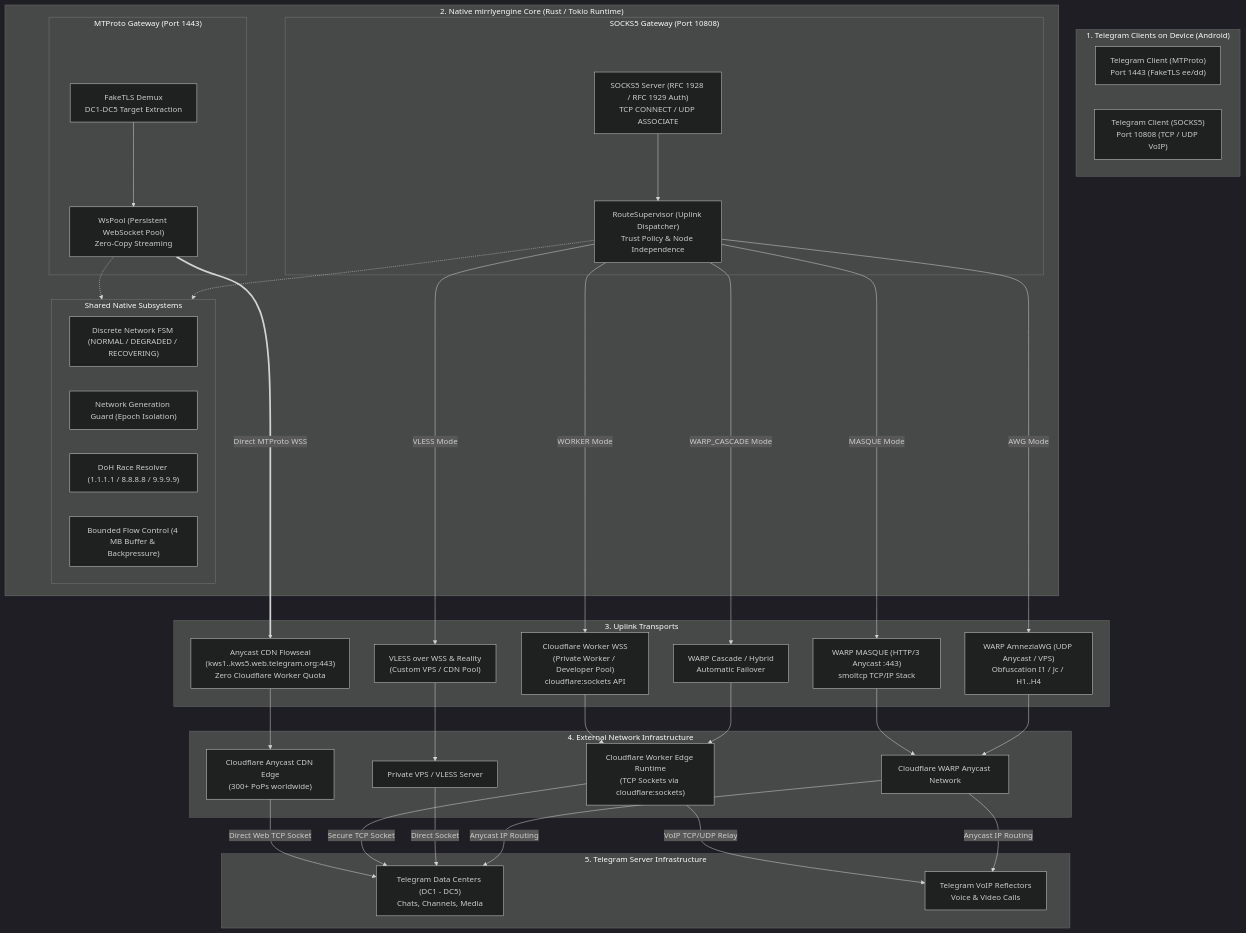
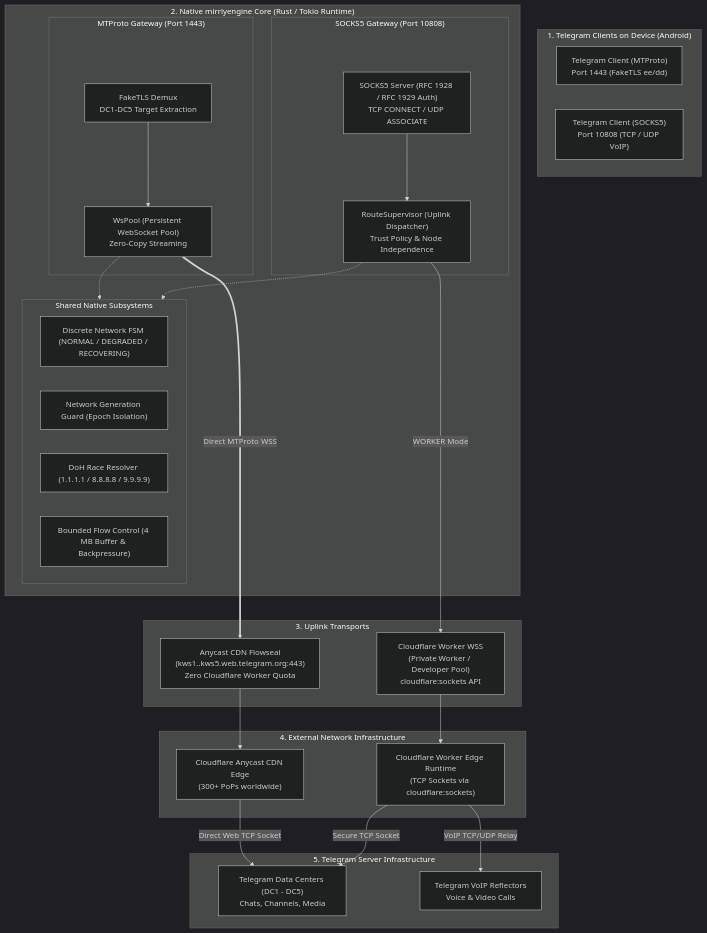
One commit to joycecurcirt539-dot/Mirrly-TG-Proxy changed the diagram in README_EN.md. Above: the diagram before and after it, drawn with Mermaid (dark theme). The commit also changed other lines of this file and 47 other files, not shown here.

````diff
--- a/README_EN.md
+++ b/README_EN.md
@@ -218,73 +203,56 @@
 ```mermaid
 flowchart TD
     subgraph ClientLayer ["1. Telegram Clients on Device (Android)"]
         TG_MTProto["Telegram Client (MTProto)<br/>Port 1443 (FakeTLS ee/dd)"]
         TG_SOCKS5["Telegram Client (SOCKS5)<br/>Port 10808 (TCP / UDP VoIP)"]
     end
 
     subgraph NativeCore ["2. Native mirrlyengine Core (Rust / Tokio Runtime)"]
         subgraph GatewayMTProto ["MTProto Gateway (Port 1443)"]
             FakeTLS["FakeTLS Demux<br/>DC1-DC5 Target Extraction"]
             WsPool["WsPool (Persistent WebSocket Pool)<br/>Zero-Copy Streaming"]
             FakeTLS --> WsPool
         end
 
         subgraph GatewaySocks ["SOCKS5 Gateway (Port 10808)"]
             SocksAuth["SOCKS5 Server (RFC 1928 / RFC 1929 Auth)<br/>TCP CONNECT / UDP ASSOCIATE"]
             Supervisor["RouteSupervisor (Uplink Dispatcher)<br/>Trust Policy & Node Independence"]
             SocksAuth --> Supervisor
         end
 
         subgraph SharedSubsystems ["Shared Native Subsystems"]
             FSM["Discrete Network FSM (NORMAL / DEGRADED / RECOVERING)"]
             GenGuard["Network Generation Guard (Epoch Isolation)"]
             DoH["DoH Race Resolver (1.1.1.1 / 8.8.8.8 / 9.9.9.9)"]
             FlowCtrl["Bounded Flow Control (4 MB Buffer & Backpressure)"]
         end
 
         WsPool -.-> SharedSubsystems
         Supervisor -.-> SharedSubsystems
     end
 
     subgraph Uplinks ["3. Uplink Transports"]
         Uplink_Anycast_Direct["Anycast CDN Flowseal<br/>(kws1..kws5.web.telegram.org:443)<br/>Zero Cloudflare Worker Quota"]
         Uplink_Worker["Cloudflare Worker WSS<br/>(Private Worker / Developer Pool)<br/>cloudflare:sockets API"]
-        Uplink_Vless["VLESS over WSS & Reality<br/>(Custom VPS / CDN Pool)"]
-        Uplink_Masque["WARP MASQUE (HTTP/3 Anycast :443)<br/>smoltcp TCP/IP Stack"]
-        Uplink_Awg["WARP AmneziaWG (UDP Anycast / VPS)<br/>Obfuscation I1 / Jc / H1..H4"]
-        Uplink_Cascade["WARP Cascade / Hybrid<br/>Automatic Failover"]
 
         WsPool ===>|Direct MTProto WSS| Uplink_Anycast_Direct
         Supervisor -->|WORKER Mode| Uplink_Worker
-        Supervisor -->|VLESS Mode| Uplink_Vless
-        Supervisor -->|MASQUE Mode| Uplink_Masque
-        Supervisor -->|AWG Mode| Uplink_Awg
-        Supervisor -->|WARP_CASCADE Mode| Uplink_Cascade
     end
 
     subgraph Infrastructure ["4. External Network Infrastructure"]
         CF_CDN["Cloudflare Anycast CDN Edge<br/>(300+ PoPs worldwide)"]
         CF_Worker_Runtime["Cloudflare Worker Edge Runtime<br/>(TCP Sockets via cloudflare:sockets)"]
-        Private_VPS["Private VPS / VLESS Server"]
-        WARP_Anycast["Cloudflare WARP Anycast Network"]
 
         Uplink_Anycast_Direct --> CF_CDN
         Uplink_Worker --> CF_Worker_Runtime
-        Uplink_Vless --> Private_VPS
-        Uplink_Masque --> WARP_Anycast
-        Uplink_Awg --> WARP_Anycast
-        Uplink_Cascade --> CF_Worker_Runtime
     end
 
     subgraph TelegramCloud ["5. Telegram Server Infrastructure"]
         TG_DC["Telegram Data Centers (DC1 - DC5)<br/>Chats, Channels, Media"]
         TG_VoIP["Telegram VoIP Reflectors<br/>Voice & Video Calls"]
 
         CF_CDN -->|Direct Web TCP Socket| TG_DC
         CF_Worker_Runtime -->|Secure TCP Socket| TG_DC
         CF_Worker_Runtime -->|VoIP TCP/UDP Relay| TG_VoIP
-        Private_VPS -->|Direct Socket| TG_DC
-        WARP_Anycast -->|Anycast IP Routing| TG_DC
-        WARP_Anycast -->|Anycast IP Routing| TG_VoIP
     end
 ```
````
